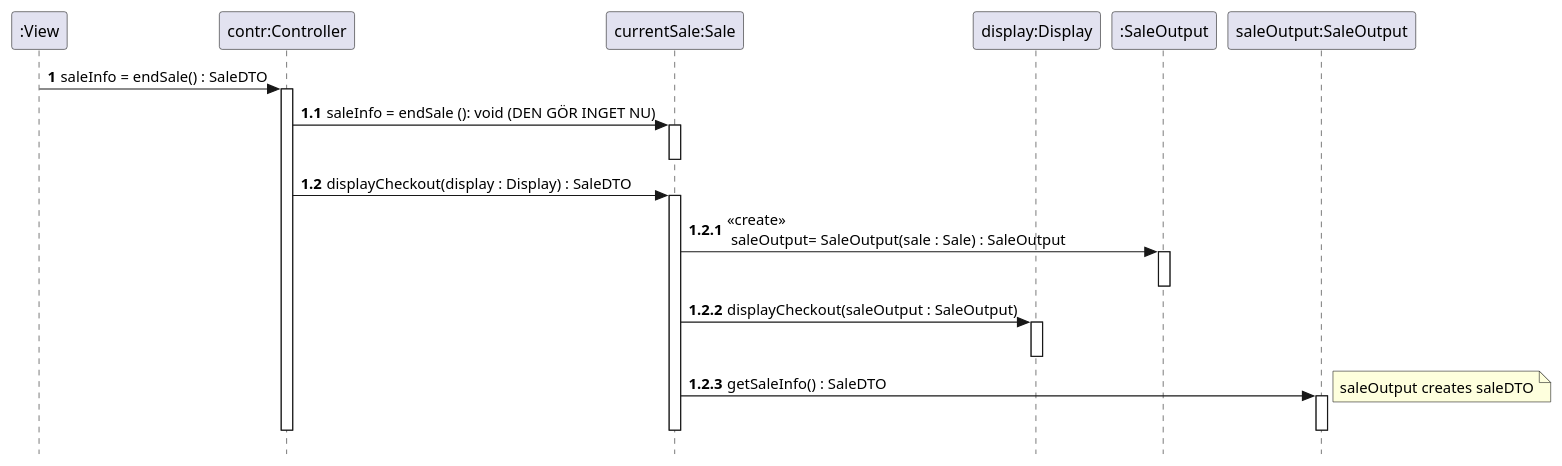
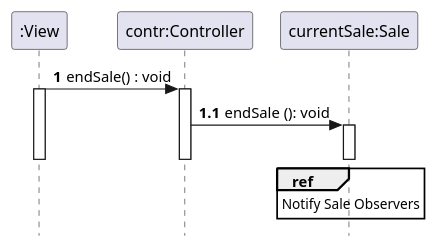
The eighth of 11 diagrams in uml/uml_v3.puml (VincentFerrigan/kth-iv1350-object-oriented-design), drawn with PlantUML before and after one commit. The commit also changed other lines of this file and 75 other files, not shown here.

```diff
--- a/uml/uml_v3.puml
+++ b/uml/uml_v3.puml
@@ -455,39 +585,24 @@
 @startuml
 skinparam style strictuml
 'title EndSale
 
 participant ":View" as View
 participant "contr:Controller" as contr
 participant "currentSale:Sale" as currentSale
-participant "display:Display" as display
-participant ":SaleOutput" as SaleOutput
-participant "saleOutput:SaleOutput" as saleOutput
 
 autonumber 1
-View -> contr : saleInfo = endSale() : SaleDTO
+View -> contr : endSale() : void
+activate View
 activate contr
 autonumber 1.1
-contr -> currentSale : saleInfo = endSale (): void (DEN GÖR INGET NU)
+contr -> currentSale : endSale (): void
 activate currentSale
-deactivate currentSale
-autonumber 1.2
-contr -> currentSale : displayCheckout(display : Display) : SaleDTO
-activate currentSale
-autonumber 1.2.1
-currentSale -> SaleOutput : <<create>> \n saleOutput= SaleOutput(sale : Sale) : SaleOutput
-activate SaleOutput
-deactivate SaleOutput
-autonumber 1.2.2
-currentSale -> display : displayCheckout(saleOutput : SaleOutput)
-activate display
-deactivate display
-autonumber 1.2.3
-currentSale -> saleOutput : getSaleInfo() : SaleDTO
-activate saleOutput
-deactivate saleOutput
+            ref over currentSale
+                Notify Sale Observers
+            end ref
 deactivate currentSale
 deactivate contr
-note right: saleOutput creates saleDTO
+deactivate View
 
 autonumber stop
 @enduml
```
